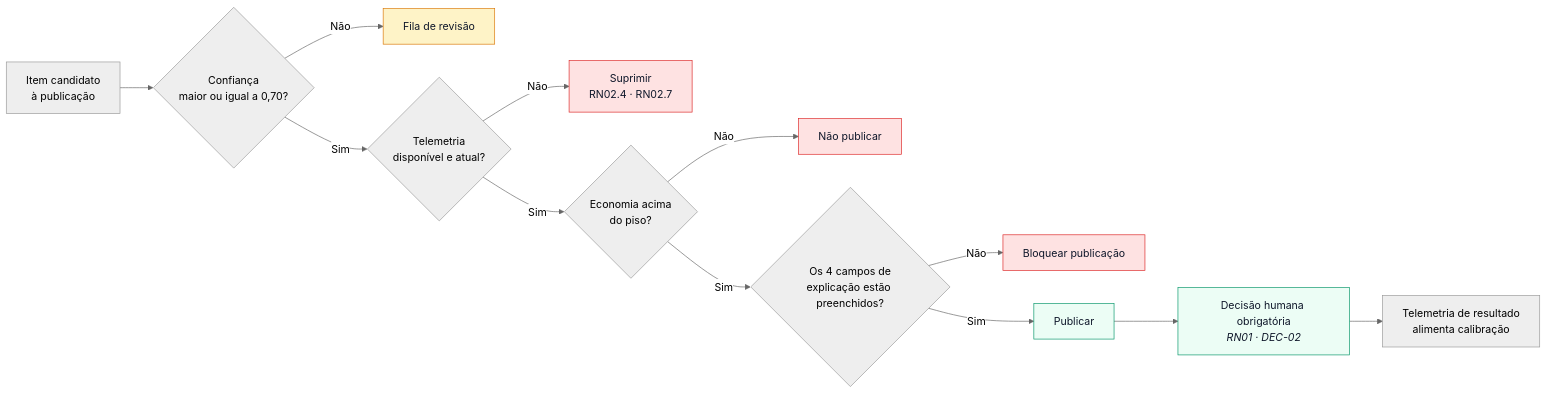
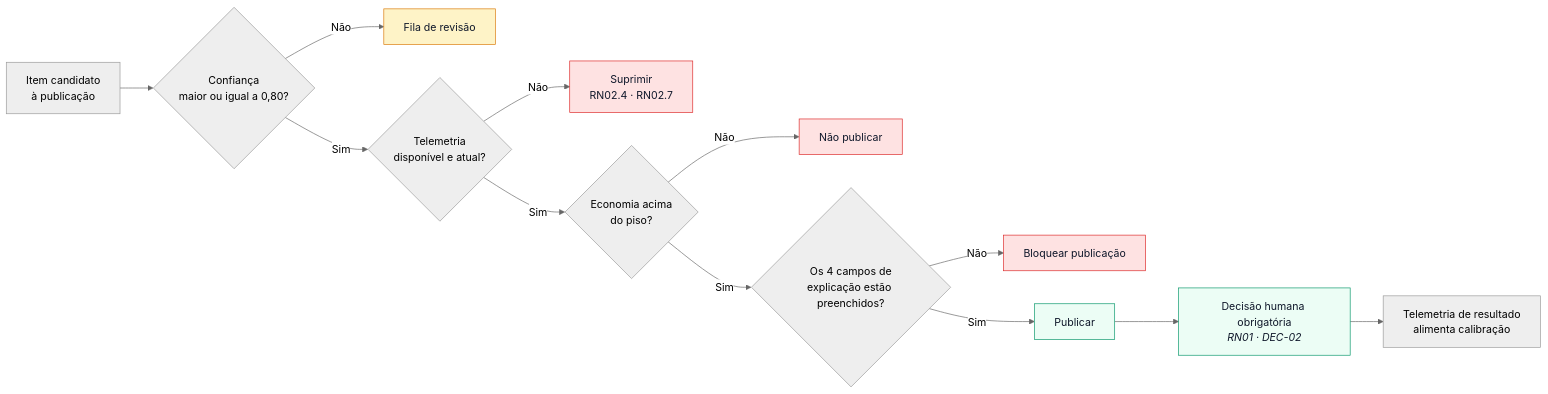
The fifth of 5 diagrams in semana-04/entregavel-01-fluxogramas-motor-ia-algoritmo-consolidacao.md (ES-2026-2/PS), drawn with Mermaid (neutral theme) before and after one commit. The commit also changed other lines of this file and 1 other file, not shown here.

````diff
--- a/semana-04/entregavel-01-fluxogramas-motor-ia-algoritmo-consolidacao.md
+++ b/semana-04/entregavel-01-fluxogramas-motor-ia-algoritmo-consolidacao.md
@@ -366,21 +366,21 @@
 ```mermaid
 flowchart LR
-    A["Item candidato<br/>à publicação"] --> G1{"Confiança<br/>maior ou igual a 0,70?"}
+    A["Item candidato<br/>à publicação"] --> G1{"Confiança<br/>maior ou igual a 0,80?"}
     G1 -->|"Não"| R1["Fila de revisão"]
     G1 -->|"Sim"| G2{"Telemetria<br/>disponível e atual?"}
     G2 -->|"Não"| R2["Suprimir<br/>RN02.4 · RN02.7"]
     G2 -->|"Sim"| G3{"Economia acima<br/>do piso?"}
     G3 -->|"Não"| R3["Não publicar"]
     G3 -->|"Sim"| G4{"Os 4 campos de<br/>explicação estão preenchidos?"}
     G4 -->|"Não"| R4["Bloquear publicação"]
     G4 -->|"Sim"| P["Publicar"]
     P --> H["Decisão humana obrigatória<br/><i>RN01 · DEC-02</i>"]
     H --> J["Telemetria de resultado<br/>alimenta calibração"]
 
     classDef bloq fill:#FEE2E2,stroke:#DC2626,color:#0F172A
     classDef rev fill:#FEF3C7,stroke:#D97706,color:#0F172A
     classDef ok fill:#ECFDF5,stroke:#059669,color:#0F172A
     class R2,R3,R4 bloq
     class R1 rev
     class P,H ok
 ```
````
